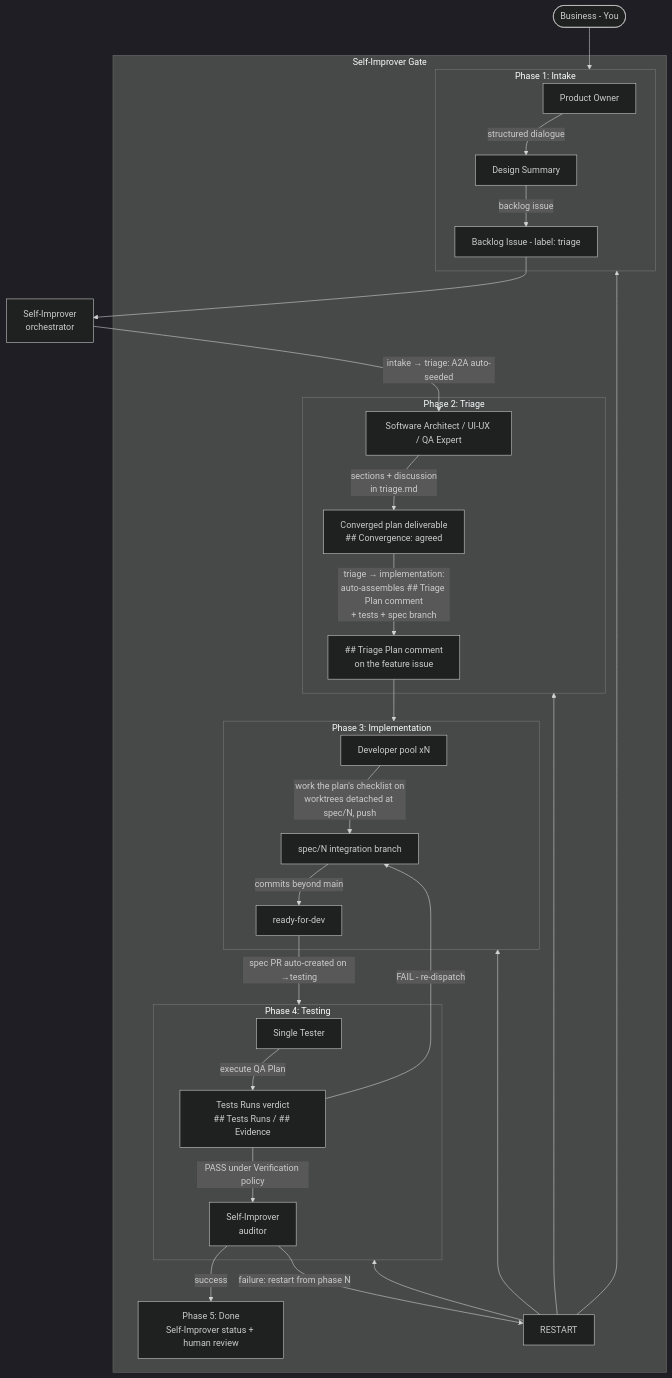
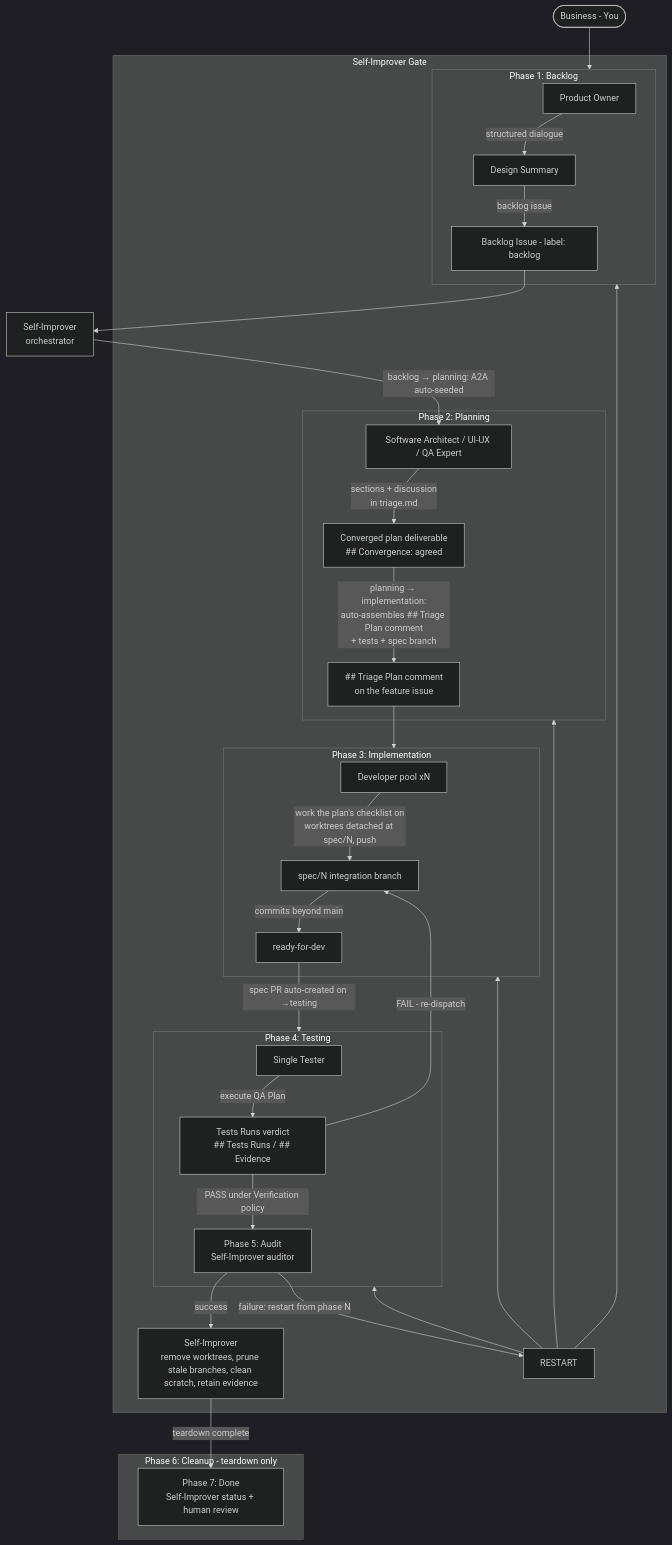
One commit to FredoAi/fredo changed the diagram in docs/agentic-pipeline/pipeline.md. Above: the diagram before and after it, drawn with Mermaid (dark theme). The commit also changed other lines of this file and 12 other files, not shown here.

First line of the commit message:
pipeline: status-vocabulary phases + new teardown-only Cleanup phase

````diff
--- a/docs/agentic-pipeline/pipeline.md
+++ b/docs/agentic-pipeline/pipeline.md
@@ -16,45 +16,50 @@
 ```mermaid
 flowchart TD
     B([Business - You]) --> P1
 
-    subgraph P1[Phase 1: Intake]
+    subgraph P1[Phase 1: Backlog]
         PO[Product Owner]
         PO --> |structured dialogue| SUM[Design Summary]
-        SUM --> |backlog issue| BL[Backlog Issue - label: triage]
+        SUM --> |backlog issue| BL[Backlog Issue - label: backlog]
     end
 
     BL --> SI1[Self-Improver<br/>orchestrator]
-    SI1 --> |intake → triage: A2A auto-seeded| TRIAGE
-    subgraph P2[Phase 2: Triage]
-        TRIAGE[Software Architect / UI-UX / QA Expert]
-        TRIAGE --> |sections + discussion<br/>in triage.md| CONV[Converged plan deliverable<br/>## Convergence: agreed]
-        CONV --> |triage → implementation:<br/>auto-assembles ## Triage Plan comment<br/>+ tests + spec branch| PLAN[## Triage Plan comment<br/>on the feature issue]
+    SI1 --> |backlog → planning: A2A auto-seeded| PLAN
+    subgraph P2[Phase 2: Planning]
+        PLAN[Software Architect / UI-UX / QA Expert]
+        PLAN --> |sections + discussion<br/>in triage.md| CONV[Converged plan deliverable<br/>## Convergence: agreed]
+        CONV --> |planning → implementation:<br/>auto-assembles ## Triage Plan comment<br/>+ tests + spec branch| IMPL[## Triage Plan comment<br/>on the feature issue]
     end
 
-    PLAN --> P3
+    IMPL --> P3
     subgraph P3[Phase 3: Implementation]
         DEV[Developer pool xN]
         DEV --> |work the plan's checklist on<br/>worktrees detached at spec/N, push| SPEC[spec/N integration branch]
         SPEC --> |commits beyond main| READY[ready-for-dev]
     end
 
     READY --> |spec PR auto-created on →testing| P4
     subgraph P4[Phase 4: Testing]
         T[Single Tester]
         T --> |execute QA Plan| TR[Tests Runs verdict<br/>## Tests Runs / ## Evidence]
         TR --> |FAIL - re-dispatch| SPEC
         TR --> |PASS under Verification policy| AUDIT
     end
 
     subgraph GATE[Self-Improver Gate]
-        AUDIT[Self-Improver<br/>auditor]
-        AUDIT --> |success| DONE2
+        AUDIT[Phase 5: Audit<br/>Self-Improver auditor]
+        AUDIT --> |success| CLEAN
         AUDIT --> |failure: restart from phase N| RESTART
         RESTART --> P1
         RESTART --> P2
         RESTART --> P3
         RESTART --> P4
     end
 
-    DONE2[Phase 5: Done<br/>Self-Improver status + human review]
+    subgraph P6[Phase 6: Cleanup - teardown only]
+        CLEAN[Self-Improver<br/>remove worktrees, prune stale branches, clean scratch, retain evidence]
+        CLEAN --> |teardown complete| DONE2
+    end
+
+    DONE2[Phase 7: Done<br/>Self-Improver status + human review]
 ```
````
